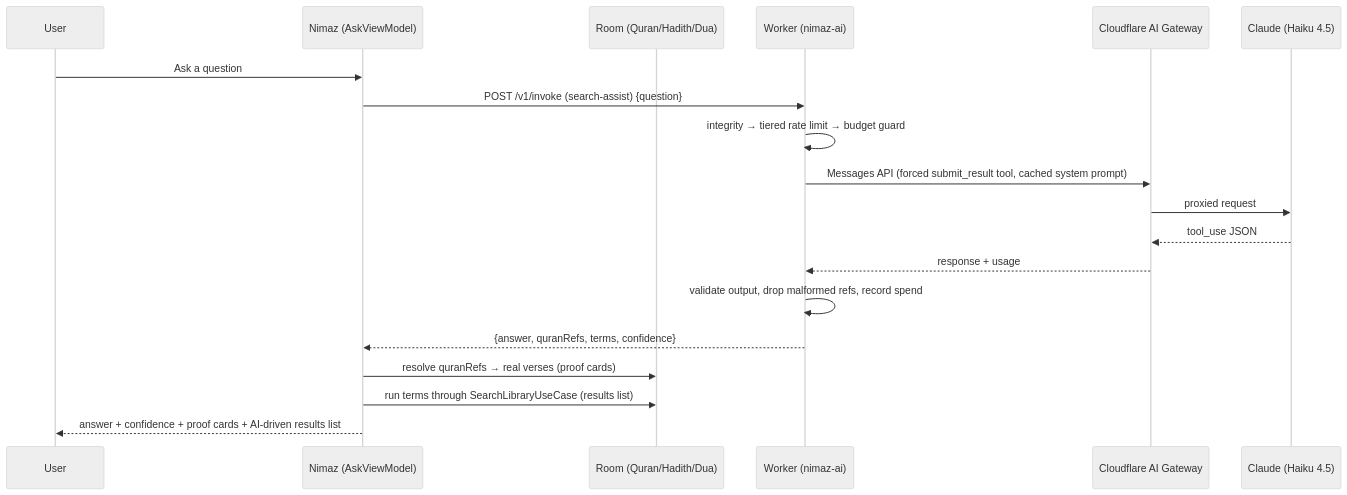
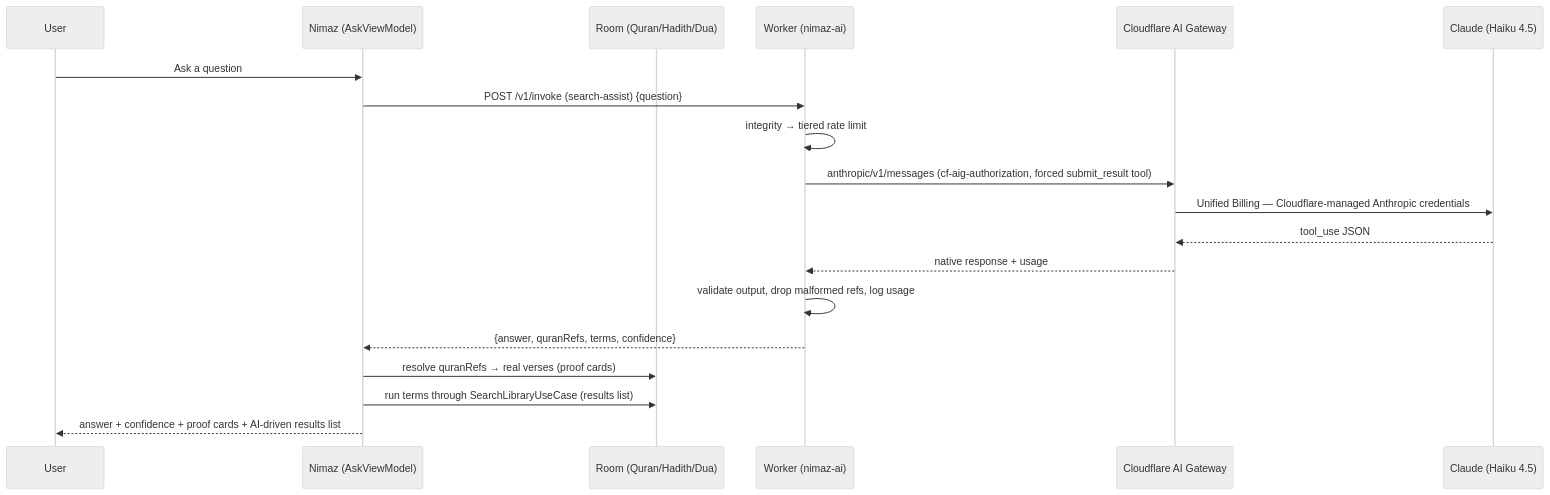
One commit to arshad-shah/Nimaz changed the diagram in docs/ai-ask-with-proof.md. Above: the diagram before and after it, drawn with Mermaid (neutral theme). The commit also changed other lines of this file and 14 other files, not shown here.

First line of the commit message:
Worker: switch to AI Gateway Unified Billing via the self-authenticating AI binding (#245)

````diff
--- a/docs/ai-ask-with-proof.md
+++ b/docs/ai-ask-with-proof.md
@@ -29,22 +29,22 @@
 ```mermaid
 sequenceDiagram
     participant U as User
     participant App as Nimaz (AskViewModel)
     participant Room as Room (Quran/Hadith/Dua)
     participant W as Worker (nimaz-ai)
     participant GW as Cloudflare AI Gateway
     participant C as Claude (Haiku 4.5)
 
     U->>App: Ask a question
     App->>W: POST /v1/invoke (search-assist) {question}
-    W->>W: integrity → tiered rate limit → budget guard
-    W->>GW: Messages API (forced submit_result tool, cached system prompt)
-    GW->>C: proxied request
+    W->>W: integrity → tiered rate limit
+    W->>GW: anthropic/v1/messages (cf-aig-authorization, forced submit_result tool)
+    GW->>C: Unified Billing — Cloudflare-managed Anthropic credentials
     C-->>GW: tool_use JSON
-    GW-->>W: response + usage
-    W->>W: validate output, drop malformed refs, record spend
+    GW-->>W: native response + usage
+    W->>W: validate output, drop malformed refs, log usage
     W-->>App: {answer, quranRefs, terms, confidence}
     App->>Room: resolve quranRefs → real verses (proof cards)
     App->>Room: run terms through SearchLibraryUseCase (results list)
     App-->>U: answer + confidence + proof cards + AI-driven results list
 ```
````
